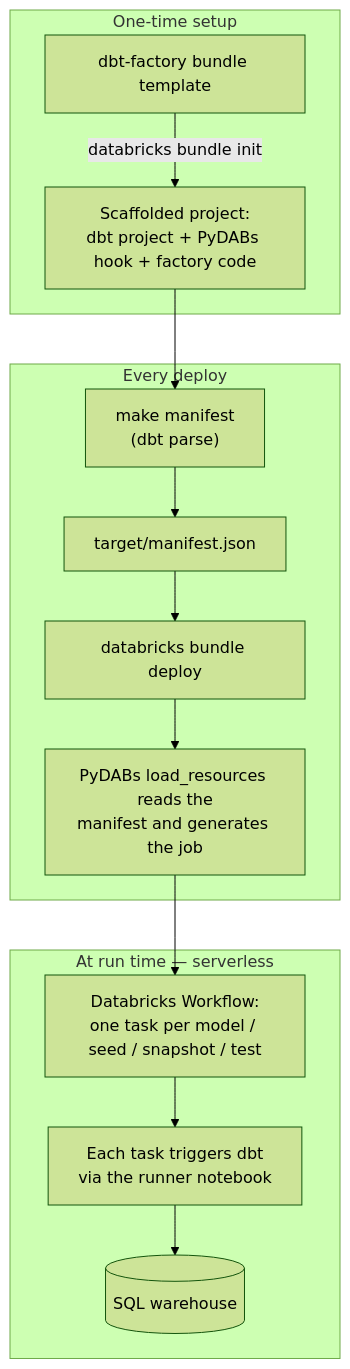
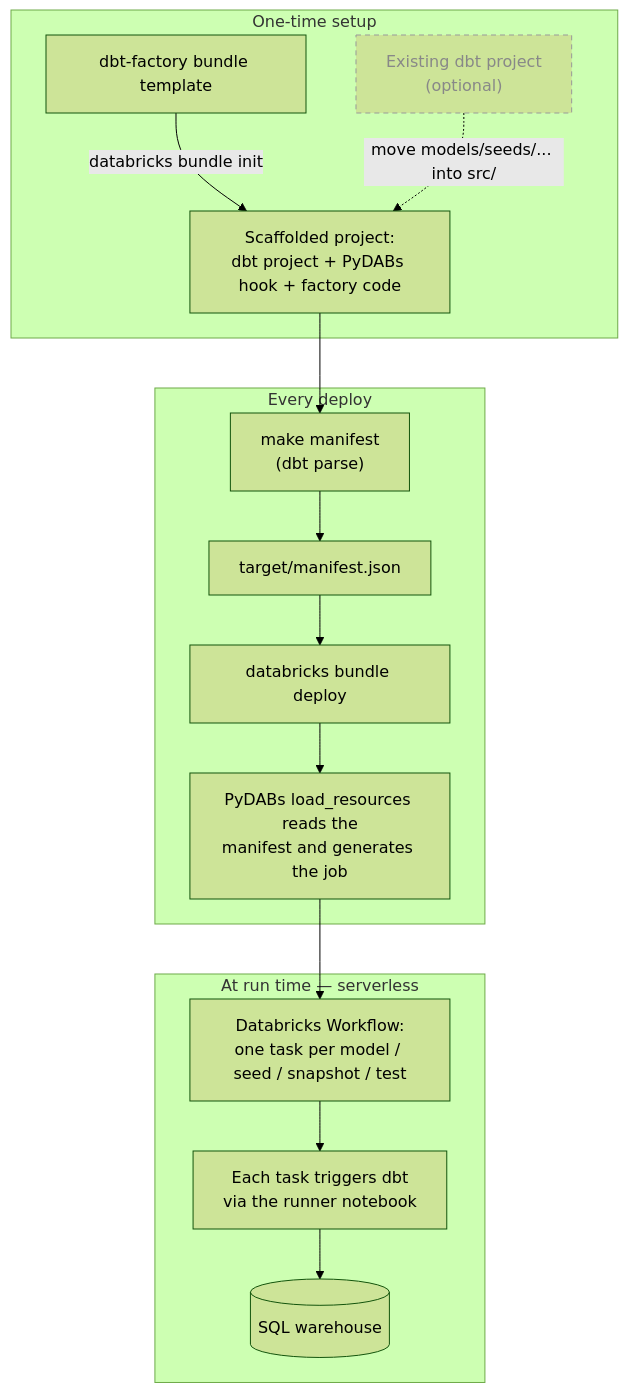
The diagram in contrib/templates/dbt-factory/README.md (databricks/bundle-examples), drawn with Mermaid (forest theme) before and after one commit.

Commit message:
Add dbt-factory bundle template (contrib/templates/dbt-factory)
`databricks bundle init` template that scaffolds a dbt project wired to the
PyDABs load_resources hook, derived from the contrib/dbt_factory example.
Prompts expose the project name, catalog/schema, warehouse HTTP path, and the
factory options (bundle_tests, environment_key, extra_dbt_command_options).
The extra-options value is rendered with printf %q so quoted dbt args (e.g.
--vars) stay valid Python. The README lists the benefits and includes an
end-to-end Mermaid diagram of the template flow, including the optional
existing-project migration path. The manifest is generated post-init via
`make manifest`.

````diff
--- a/contrib/templates/dbt-factory/README.md
+++ b/contrib/templates/dbt-factory/README.md
@@ -36,17 +36,21 @@
 ```mermaid
 flowchart TD
     subgraph setup["One-time setup"]
       T["dbt-factory bundle template"] -->|databricks bundle init| B["Scaffolded project:<br/>dbt project + PyDABs hook + factory code"]
+      X["Existing dbt project<br/>(optional)"] -.->|move models/seeds/... into src/| B
     end
     subgraph deploy["Every deploy"]
       C["make manifest<br/>(dbt parse)"] --> D["target/manifest.json"]
       D --> E["databricks bundle deploy"]
       E --> F["PyDABs load_resources reads the<br/>manifest and generates the job"]
     end
     subgraph runtime["At run time — serverless"]
       G["Databricks Workflow:<br/>one task per model / seed / snapshot / test"] --> H["Each task triggers dbt<br/>via the runner notebook"]
       H --> I[("SQL warehouse")]
     end
     B --> C
     F --> G
+
+    classDef optional stroke:#999,stroke-dasharray:5 4,color:#888;
+    class X optional;
 ```
````
